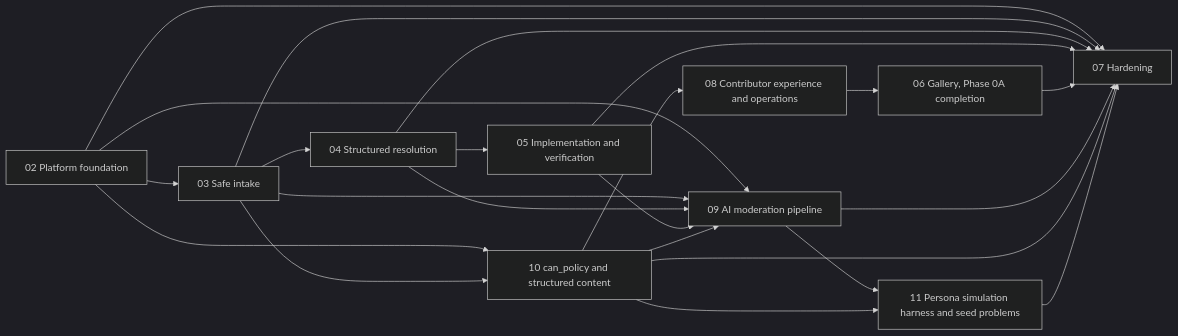
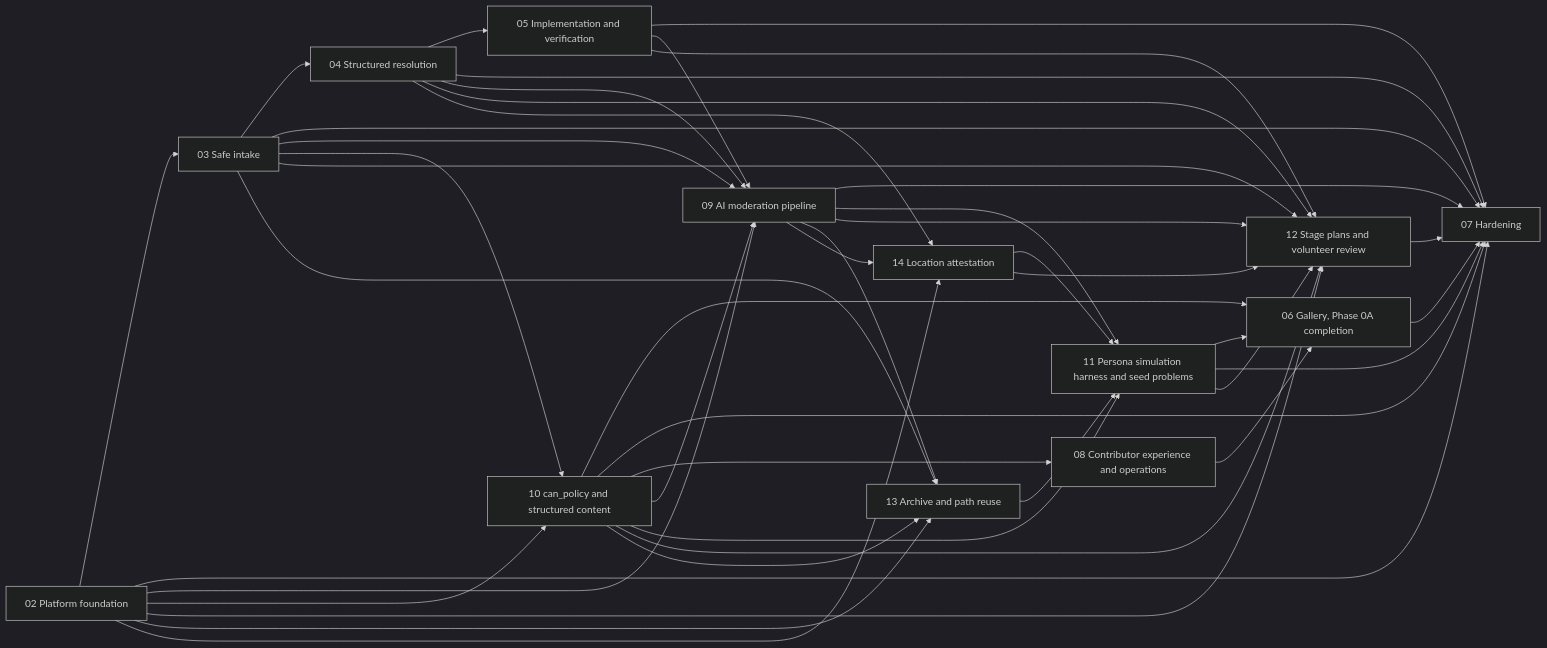
One commit to community-action-network-oss/community_action_network_oss changed the diagram in plans/00-ROOT.md. Above: the diagram before and after it, drawn with Mermaid (dark theme). The commit also changed other lines of this file, not shown here.

Commit message:
W13 P5: regenerate plans root for 13 plans and 408 units

````diff
--- a/plans/00-ROOT.md
+++ b/plans/00-ROOT.md
@@ -47,35 +50,58 @@
 ```mermaid
 flowchart LR
   p02["02 Platform foundation"]
   p03["03 Safe intake"]
   p04["04 Structured resolution"]
   p05["05 Implementation and verification"]
   p06["06 Gallery, Phase 0A completion"]
   p07["07 Hardening"]
   p08["08 Contributor experience and operations"]
   p09["09 AI moderation pipeline"]
   p10["10 can_policy and structured content"]
   p11["11 Persona simulation harness and seed problems"]
+  p12["12 Stage plans and volunteer review"]
+  p13["13 Archive and path reuse"]
+  p14["14 Location attestation"]
   p02 --> p03
   p03 --> p04
   p04 --> p05
   p08 --> p06
+  p10 --> p06
+  p11 --> p06
   p02 --> p07
   p03 --> p07
   p04 --> p07
   p05 --> p07
   p06 --> p07
   p09 --> p07
   p10 --> p07
   p11 --> p07
+  p12 --> p07
   p10 --> p08
   p02 --> p09
   p03 --> p09
   p04 --> p09
   p05 --> p09
   p10 --> p09
   p02 --> p10
   p03 --> p10
   p09 --> p11
   p10 --> p11
+  p13 --> p11
+  p14 --> p11
+  p02 --> p12
+  p03 --> p12
+  p04 --> p12
+  p05 --> p12
+  p09 --> p12
+  p10 --> p12
+  p11 --> p12
+  p14 --> p12
+  p02 --> p13
+  p03 --> p13
+  p09 --> p13
+  p10 --> p13
+  p02 --> p14
+  p04 --> p14
+  p09 --> p14
 ```
````
